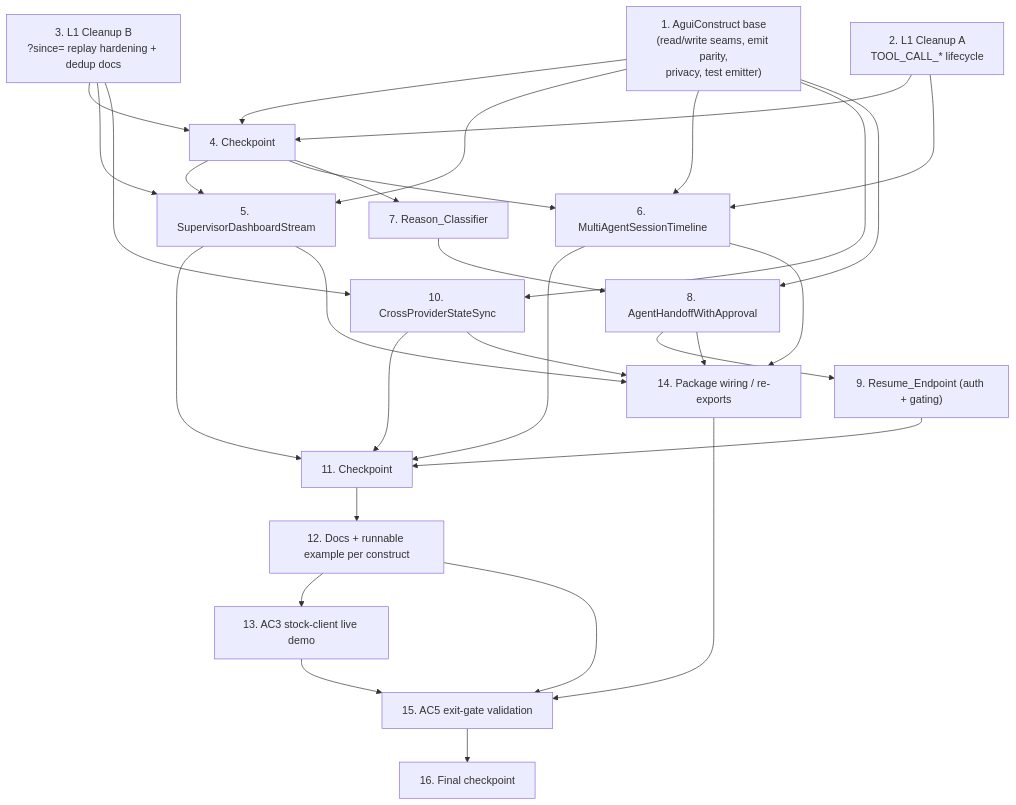
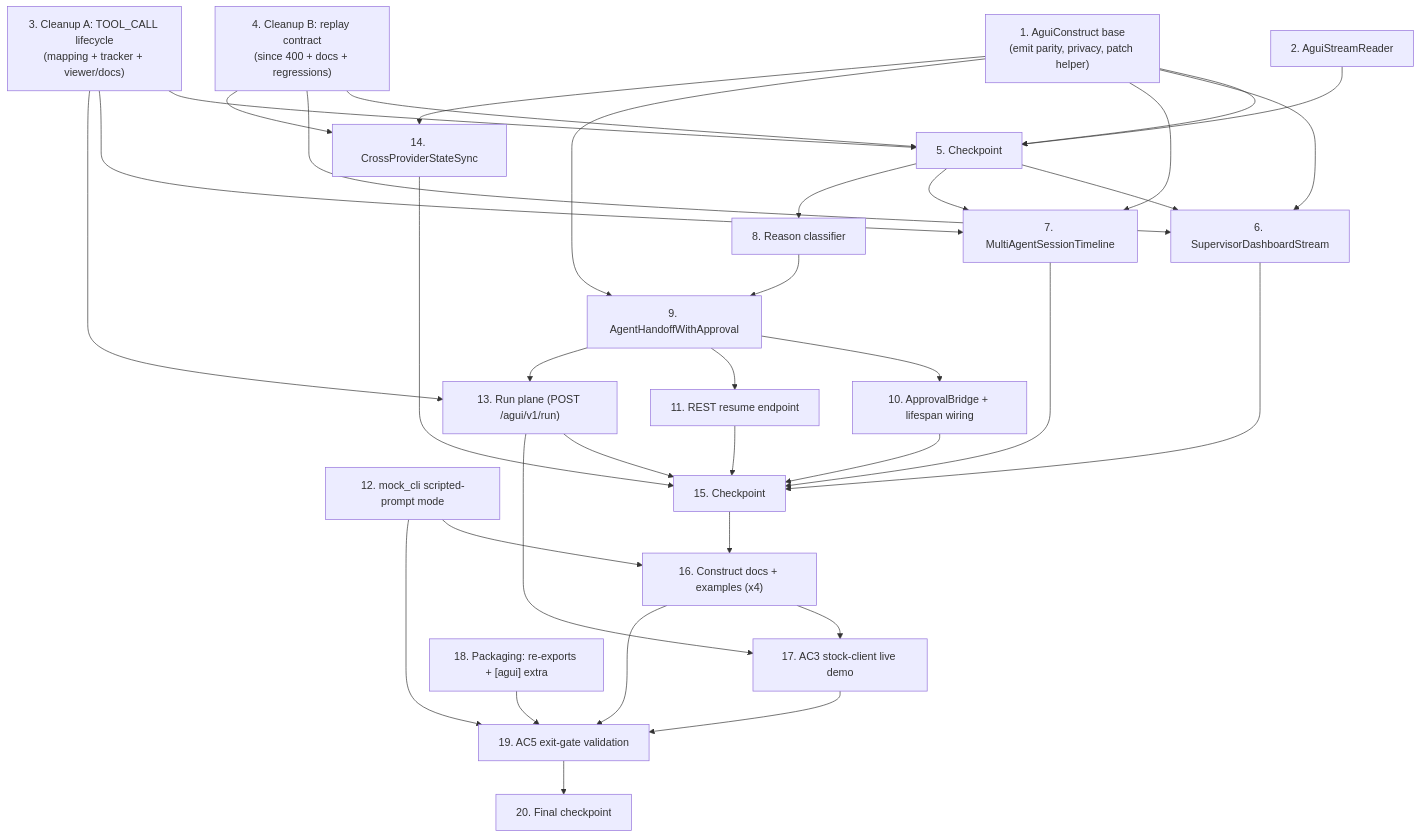
The diagram in .kiro/specs/agui-l2-constructs/tasks.md (plauzy/cli-agent-orchestrator), drawn with Mermaid before and after one commit. The commit also changed other lines of this file and 3 other files, not shown here.

````diff
--- a/.kiro/specs/agui-l2-constructs/tasks.md
+++ b/.kiro/specs/agui-l2-constructs/tasks.md
@@ -36,49 +38,35 @@
 ```mermaid
 graph TD
-    T1["1. AguiConstruct base<br/>(read/write seams, emit parity,<br/>privacy, test emitter)"]
-    T2["2. L1 Cleanup A<br/>TOOL_CALL_* lifecycle"]
-    T3["3. L1 Cleanup B<br/>?since= replay hardening + dedup docs"]
-    T4["4. Checkpoint"]
-    T5["5. SupervisorDashboardStream"]
-    T6["6. MultiAgentSessionTimeline"]
-    T7["7. Reason_Classifier"]
-    T8["8. AgentHandoffWithApproval"]
-    T9["9. Resume_Endpoint (auth + gating)"]
-    T10["10. CrossProviderStateSync"]
-    T11["11. Checkpoint"]
-    T12["12. Docs + runnable example per construct"]
-    T13["13. AC3 stock-client live demo"]
-    T14["14. Package wiring / re-exports"]
-    T15["15. AC5 exit-gate validation"]
-    T16["16. Final checkpoint"]
+    T1["1. AguiConstruct base<br/>(emit parity, privacy, patch helper)"]
+    T2["2. AguiStreamReader"]
+    T3["3. Cleanup A: TOOL_CALL lifecycle<br/>(mapping + tracker + viewer/docs)"]
+    T4["4. Cleanup B: replay contract<br/>(since 400 + docs + regressions)"]
+    T5["5. Checkpoint"]
+    T6["6. SupervisorDashboardStream"]
+    T7["7. MultiAgentSessionTimeline"]
+    T8["8. Reason classifier"]
+    T9["9. AgentHandoffWithApproval"]
+    T10["10. ApprovalBridge + lifespan wiring"]
+    T11["11. REST resume endpoint"]
+    T12["12. mock_cli scripted-prompt mode"]
+    T13["13. Run plane (POST /agui/v1/run)"]
+    T14["14. CrossProviderStateSync"]
+    T15["15. Checkpoint"]
+    T16["16. Construct docs + examples (x4)"]
+    T17["17. AC3 stock-client live demo"]
+    T18["18. Packaging: re-exports + [agui] extra"]
+    T19["19. AC5 exit-gate validation"]
+    T20["20. Final checkpoint"]
 
-    T1 --> T4
-    T2 --> T4
-    T3 --> T4
-    T4 --> T5
-    T4 --> T6
-    T4 --> T7
-    T1 --> T5
-    T1 --> T6
-    T3 --> T5
-    T2 --> T6
-    T3 --> T10
-    T1 --> T10
-    T7 --> T8
-    T1 --> T8
-    T8 --> T9
-    T5 --> T11
-    T6 --> T11
-    T9 --> T11
-    T10 --> T11
-    T11 --> T12
-    T12 --> T13
-    T5 --> T14
-    T6 --> T14
-    T8 --> T14
-    T10 --> T14
-    T12 --> T15
-    T13 --> T15
-    T14 --> T15
-    T15 --> T16
+    T1 --> T5; T2 --> T5; T3 --> T5; T4 --> T5
+    T5 --> T6; T5 --> T7; T5 --> T8
+    T1 --> T6; T1 --> T7; T4 --> T6; T3 --> T7
+    T8 --> T9; T1 --> T9
+    T9 --> T10; T9 --> T11; T9 --> T13; T3 --> T13
+    T1 --> T14; T4 --> T14
+    T6 --> T15; T7 --> T15; T10 --> T15; T11 --> T15; T13 --> T15; T14 --> T15
+    T12 --> T16; T15 --> T16
+    T13 --> T17; T16 --> T17
+    T16 --> T19; T17 --> T19; T18 --> T19; T12 --> T19
+    T19 --> T20
 ```
````
